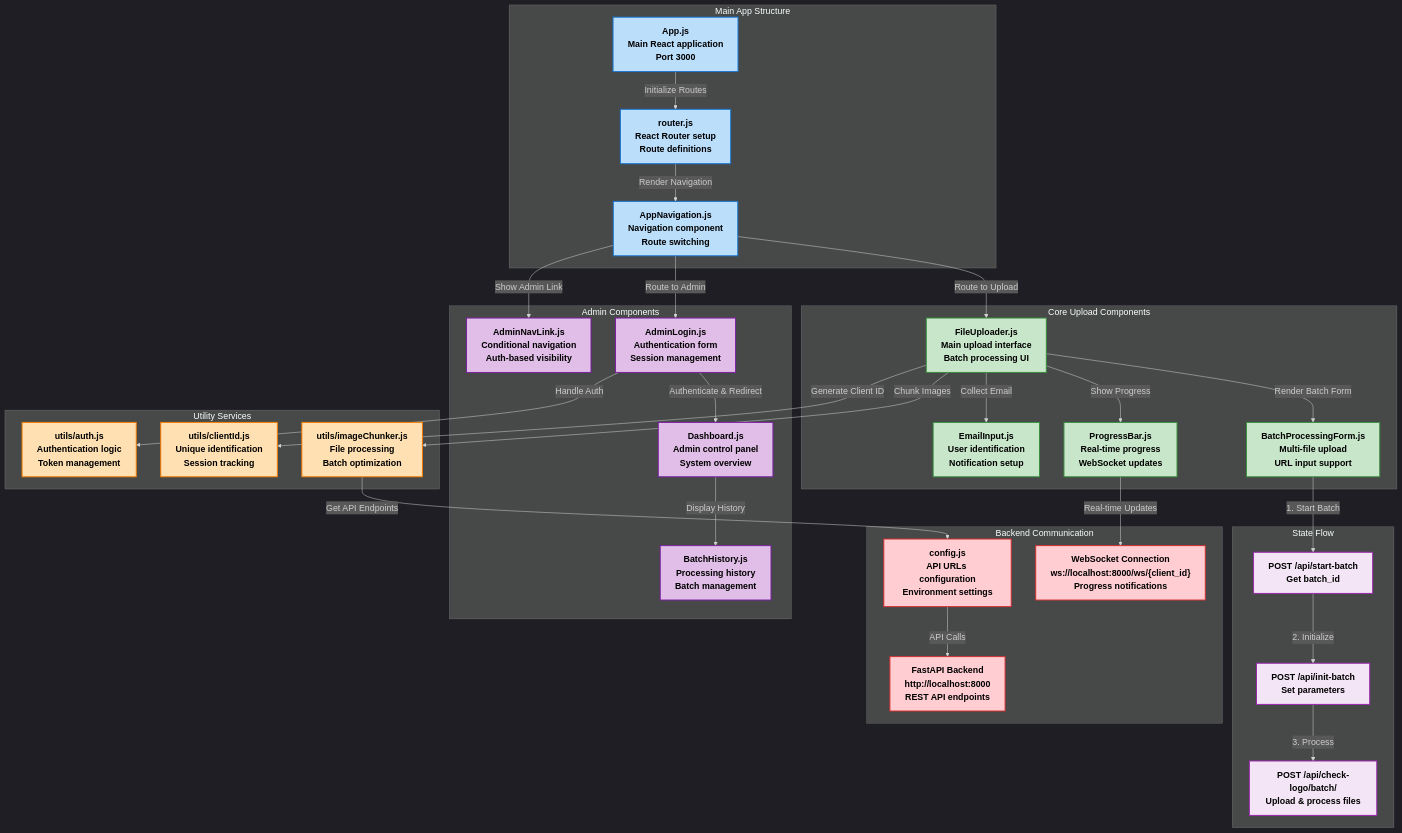
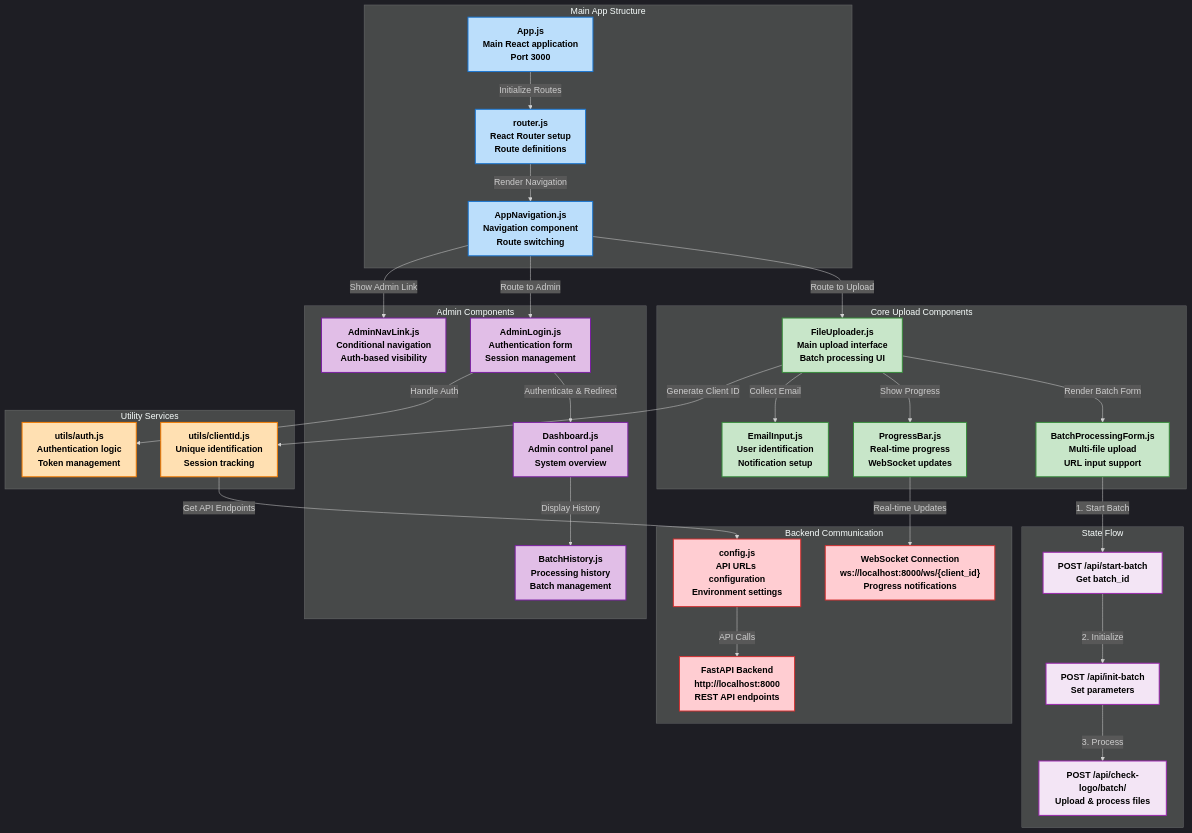
Before and after one commit to Dhruv0306/SymphonyProject1: the third of 10 diagrams in README.md, drawn with Mermaid. The commit also changed other lines of this file and 2 other files, not shown here.

````diff
--- a/README.md
+++ b/README.md
@@ -355,60 +393,58 @@
 ```mermaid
 %%{init: {'theme': 'dark', 'themeVariables': { 'fontFamily': 'arial', 'fontSize': '18px', 'fontWeight': 'bold'}}}%%
 graph TD
     subgraph "Main App Structure"
         style A fill:#bbdefb,stroke:#1976d2,stroke-width:2px,color:#000000,font-weight:bold
         style B fill:#bbdefb,stroke:#1976d2,stroke-width:2px,color:#000000,font-weight:bold
         style C fill:#bbdefb,stroke:#1976d2,stroke-width:2px,color:#000000,font-weight:bold
         A["App.js<br/>Main React application<br/>Port 3000"] -->|"Initialize Routes"| B["router.js<br/>React Router setup<br/>Route definitions"]
         B -->|"Render Navigation"| C["AppNavigation.js<br/>Navigation component<br/>Route switching"]
     end
 
     subgraph "Core Upload Components"
         style D1 fill:#c8e6c9,stroke:#388e3c,stroke-width:2px,color:#000000,font-weight:bold
         style D2 fill:#c8e6c9,stroke:#388e3c,stroke-width:2px,color:#000000,font-weight:bold
         style D3 fill:#c8e6c9,stroke:#388e3c,stroke-width:2px,color:#000000,font-weight:bold
         style D4 fill:#c8e6c9,stroke:#388e3c,stroke-width:2px,color:#000000,font-weight:bold
         C -->|"Route to Upload"| D1["FileUploader.js<br/>Main upload interface<br/>Batch processing UI"]
         D1 -->|"Render Batch Form"| D2["BatchProcessingForm.js<br/>Multi-file upload<br/>URL input support"]
         D1 -->|"Show Progress"| D3["ProgressBar.js<br/>Real-time progress<br/>WebSocket updates"]
         D1 -->|"Collect Email"| D4["EmailInput.js<br/>User identification<br/>Notification setup"]
     end
 
     subgraph "Admin Components"
         style E1 fill:#e1bee7,stroke:#7b1fa2,stroke-width:2px,color:#000000,font-weight:bold
         style E2 fill:#e1bee7,stroke:#7b1fa2,stroke-width:2px,color:#000000,font-weight:bold
         style E3 fill:#e1bee7,stroke:#7b1fa2,stroke-width:2px,color:#000000,font-weight:bold
         style E4 fill:#e1bee7,stroke:#7b1fa2,stroke-width:2px,color:#000000,font-weight:bold
         C -->|"Route to Admin"| E1["AdminLogin.js<br/>Authentication form<br/>Session management"]
         E1 -->|"Authenticate & Redirect"| E2["Dashboard.js<br/>Admin control panel<br/>System overview"]
         E2 -->|"Display History"| E3["BatchHistory.js<br/>Processing history<br/>Batch management"]
         C -->|"Show Admin Link"| E4["AdminNavLink.js<br/>Conditional navigation<br/>Auth-based visibility"]
     end
 
     subgraph "Utility Services"
         style F1 fill:#ffe0b2,stroke:#f57c00,stroke-width:2px,color:#000000,font-weight:bold
         style F2 fill:#ffe0b2,stroke:#f57c00,stroke-width:2px,color:#000000,font-weight:bold
-        style F3 fill:#ffe0b2,stroke:#f57c00,stroke-width:2px,color:#000000,font-weight:bold
-        D1 -->|"Chunk Images"| F1["utils/imageChunker.js<br/>File processing<br/>Batch optimization"]
-        D1 -->|"Generate Client ID"| F2["utils/clientId.js<br/>Unique identification<br/>Session tracking"]
-        E1 -->|"Handle Auth"| F3["utils/auth.js<br/>Authentication logic<br/>Token management"]
+        D1 -->|"Generate Client ID"| F1["utils/clientId.js<br/>Unique identification<br/>Session tracking"]
+        E1 -->|"Handle Auth"| F2["utils/auth.js<br/>Authentication logic<br/>Token management"]
     end
 
     subgraph "Backend Communication"
         style G1 fill:#ffcdd2,stroke:#d32f2f,stroke-width:2px,color:#000000,font-weight:bold
         style G2 fill:#ffcdd2,stroke:#d32f2f,stroke-width:2px,color:#000000,font-weight:bold
         style G3 fill:#ffcdd2,stroke:#d32f2f,stroke-width:2px,color:#000000,font-weight:bold
         F1 -->|"Get API Endpoints"| G1["config.js<br/>API URLs configuration<br/>Environment settings"]
         D3 -->|"Real-time Updates"| G2["WebSocket Connection<br/>ws://localhost:8000/ws/{client_id}<br/>Progress notifications"]
         G1 -->|"API Calls"| G3["FastAPI Backend<br/>http://localhost:8000<br/>REST API endpoints"]
     end
 
     subgraph "State Flow"
         style H1 fill:#f3e5f5,stroke:#9c27b0,stroke-width:2px,color:#000000,font-weight:bold
         style H2 fill:#f3e5f5,stroke:#9c27b0,stroke-width:2px,color:#000000,font-weight:bold
         style H3 fill:#f3e5f5,stroke:#9c27b0,stroke-width:2px,color:#000000,font-weight:bold
         D2 -->|"1. Start Batch"| H1["POST /api/start-batch<br/>Get batch_id"]
         H1 -->|"2. Initialize"| H2["POST /api/init-batch<br/>Set parameters"]
         H2 -->|"3. Process"| H3["POST /api/check-logo/batch/<br/>Upload & process files"]
     end
 ```
````
